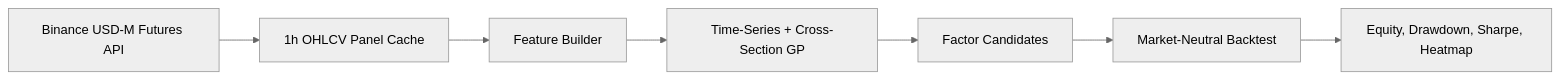
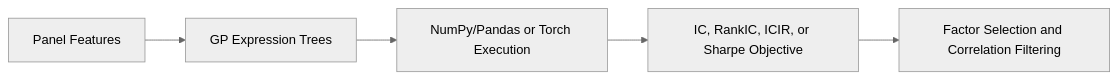
Before and after one commit to WYFHHH/QuantGplearn: the diagram in README.md, drawn with Mermaid (neutral theme). The commit also changed other lines of this file and 38 other files, not shown here.

Commit message:
Add GPU panel factor mining framework

````diff
--- a/README.md
+++ b/README.md
@@ -13,9 +12,7 @@
 ```mermaid
 flowchart LR
-    A[Binance USD-M Futures API] --> B[1h OHLCV Panel Cache]
-    B --> C[Feature Builder]
-    C --> D[Time-Series + Cross-Section GP]
-    D --> E[Factor Candidates]
-    E --> F[Market-Neutral Backtest]
-    F --> G[Equity, Drawdown, Sharpe, Heatmap]
+    A[Panel Features] --> B[GP Expression Trees]
+    B --> C[NumPy/Pandas or Torch Execution]
+    C --> D[IC, RankIC, ICIR, or Sharpe Objective]
+    D --> E[Factor Selection and Correlation Filtering]
 ```
````
